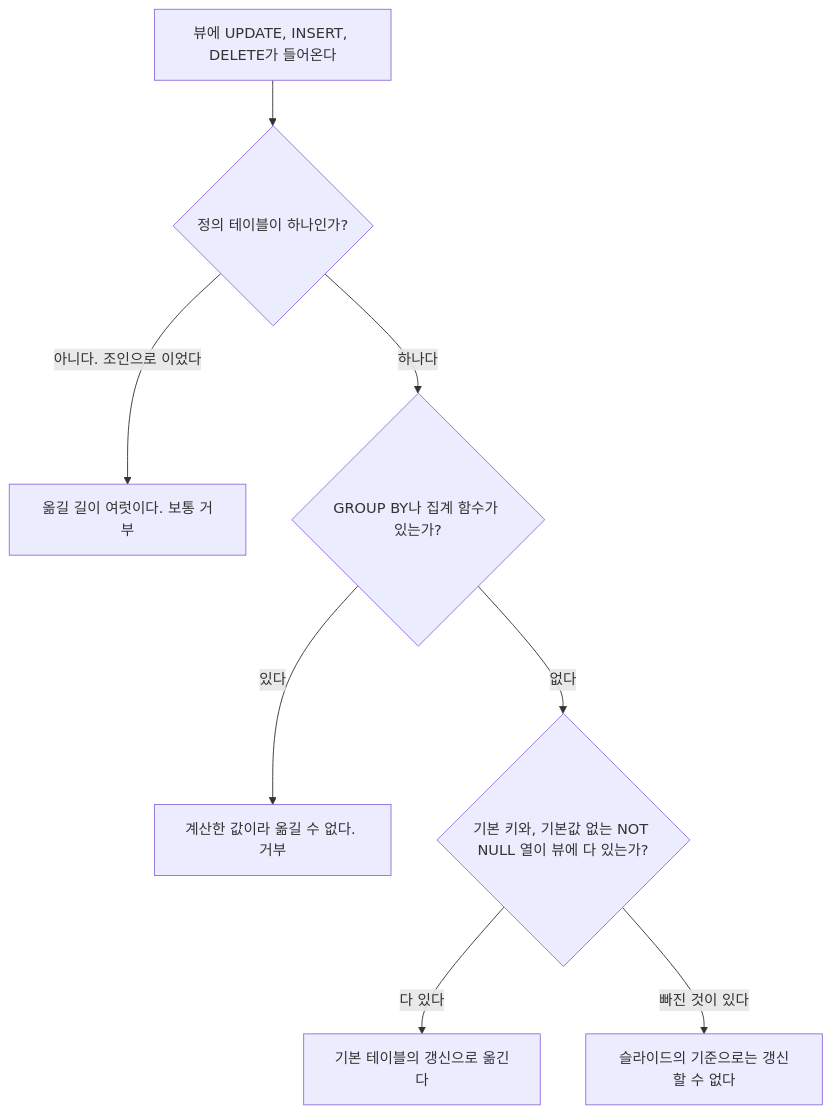
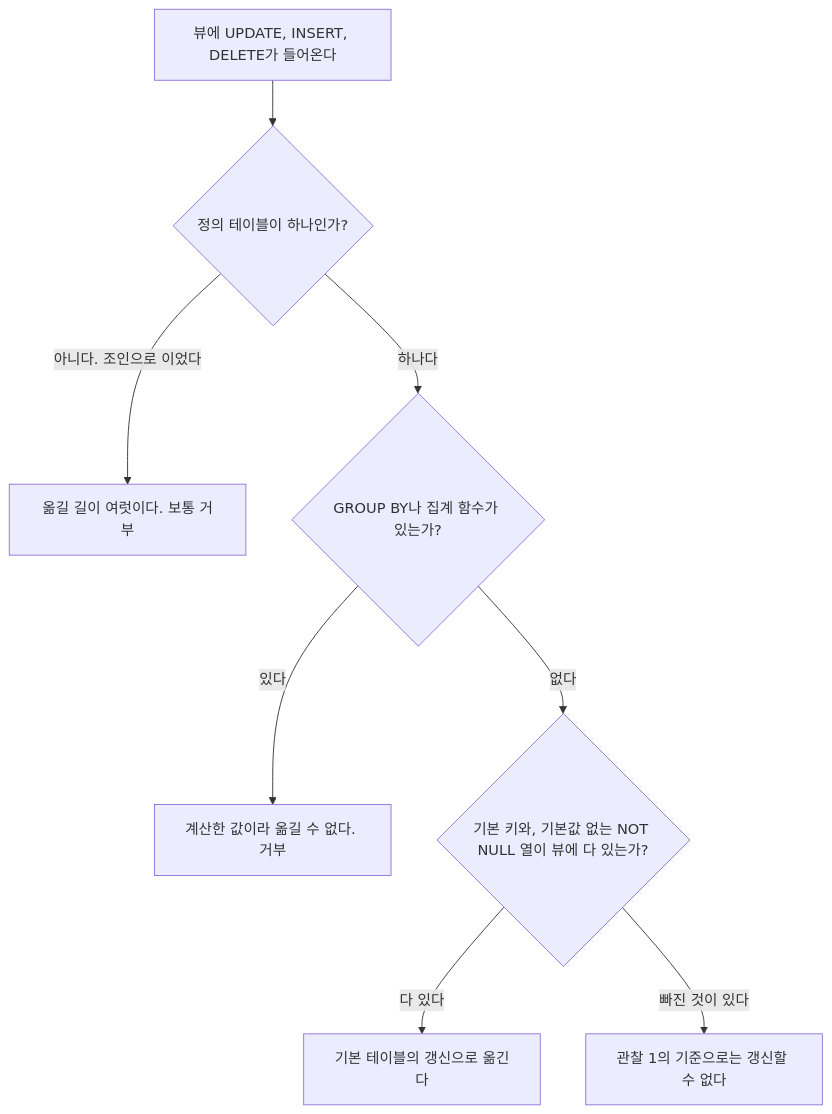
The diagram in _notes/database-design/view-update-problem.md (Hong-Iron/Hongs_Blog), drawn with Mermaid before and after one commit. The commit also changed other lines of this file and 1740 other files, not shown here.

````diff
--- a/_notes/database-design/view-update-problem.md
+++ b/_notes/database-design/view-update-problem.md
@@ -119,10 +113,10 @@
 ```mermaid
 flowchart TD
     V["뷰에 UPDATE, INSERT, DELETE가 들어온다"] --> J{"정의 테이블이 하나인가?"}
     J -->|"아니다. 조인으로 이었다"| X1["옮길 길이 여럿이다. 보통 거부"]
     J -->|"하나다"| G{"GROUP BY나 집계 함수가 있는가?"}
     G -->|"있다"| X2["계산한 값이라 옮길 수 없다. 거부"]
     G -->|"없다"| K{"기본 키와, 기본값 없는 NOT NULL 열이 뷰에 다 있는가?"}
     K -->|"다 있다"| OK["기본 테이블의 갱신으로 옮긴다"]
-    K -->|"빠진 것이 있다"| P["슬라이드의 기준으로는 갱신할 수 없다"]
+    K -->|"빠진 것이 있다"| P["관찰 1의 기준으로는 갱신할 수 없다"]
 ```
````
